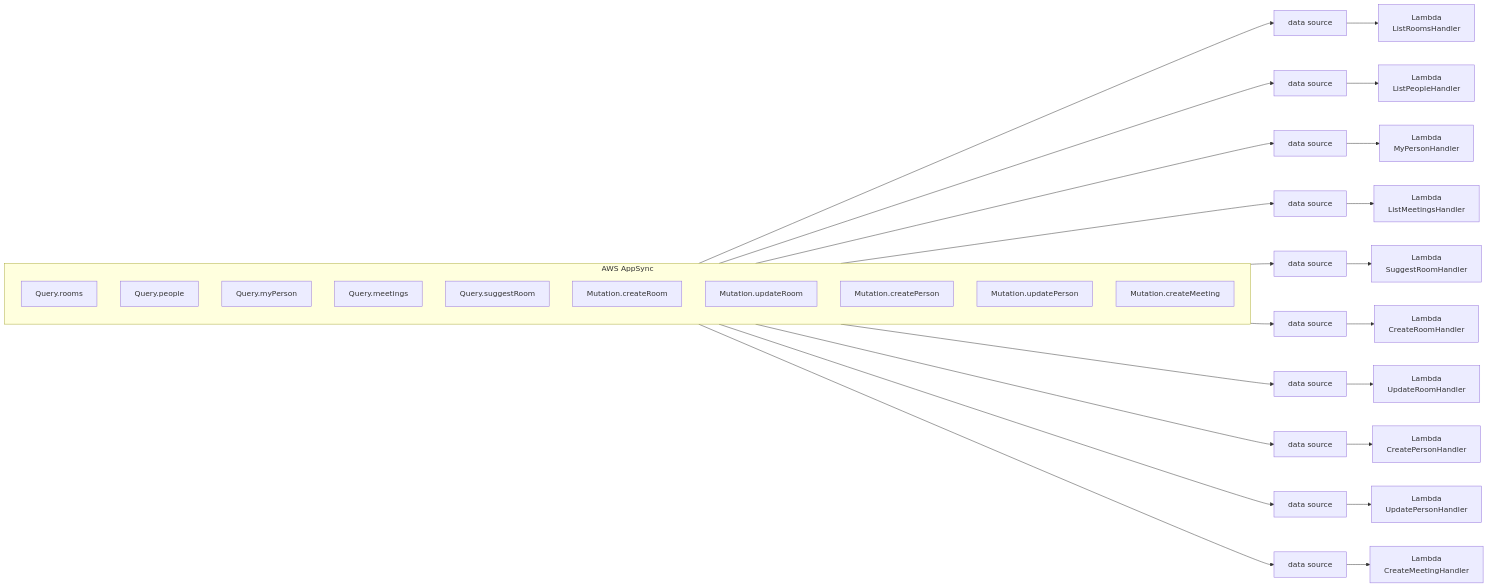
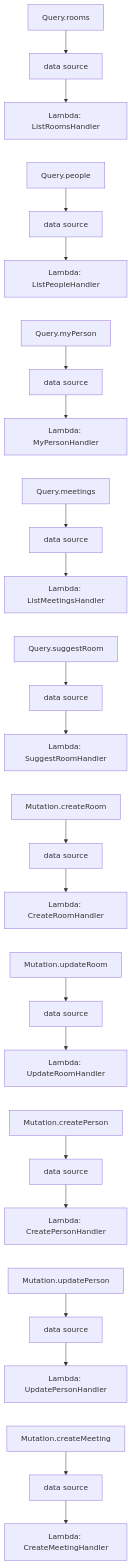
The first of 2 diagrams in impl/switching-to-a-switchboard-lambda.md (geoffweatherall/mootmaker-api), drawn with Mermaid before and after one commit. The commit also changed other lines of this file and 1 other file, not shown here.

````diff
--- a/impl/switching-to-a-switchboard-lambda.md
+++ b/impl/switching-to-a-switchboard-lambda.md
@@ -33,27 +33,22 @@
 ```mermaid
-flowchart LR
-    subgraph AppSync["AWS AppSync"]
-        direction TB
-        Q1["Query.rooms"]
-        Q2["Query.people"]
-        Q3["Query.myPerson"]
-        Q4["Query.meetings"]
-        Q5["Query.suggestRoom"]
-        M1["Mutation.createRoom"]
-        M2["Mutation.updateRoom"]
-        M3["Mutation.createPerson"]
-        M4["Mutation.updatePerson"]
-        M5["Mutation.createMeeting"]
-    end
-
-    Q1 --> DS1["data source"] --> L1["Lambda\nListRoomsHandler"]
-    Q2 --> DS2["data source"] --> L2["Lambda\nListPeopleHandler"]
-    Q3 --> DS3["data source"] --> L3["Lambda\nMyPersonHandler"]
-    Q4 --> DS4["data source"] --> L4["Lambda\nListMeetingsHandler"]
-    Q5 --> DS5["data source"] --> L5["Lambda\nSuggestRoomHandler"]
-    M1 --> DS6["data source"] --> L6["Lambda\nCreateRoomHandler"]
-    M2 --> DS7["data source"] --> L7["Lambda\nUpdateRoomHandler"]
-    M3 --> DS8["data source"] --> L8["Lambda\nCreatePersonHandler"]
-    M4 --> DS9["data source"] --> L9["Lambda\nUpdatePersonHandler"]
-    M5 --> DS10["data source"] --> L10["Lambda\nCreateMeetingHandler"]
+flowchart TB
+    Q1["Query.rooms"] --> DS1["data source"] --> L1["Lambda: ListRoomsHandler"]
+    L1 ~~~ Q2["Query.people"]
+    Q2 --> DS2["data source"] --> L2["Lambda: ListPeopleHandler"]
+    L2 ~~~ Q3["Query.myPerson"]
+    Q3 --> DS3["data source"] --> L3["Lambda: MyPersonHandler"]
+    L3 ~~~ Q4["Query.meetings"]
+    Q4 --> DS4["data source"] --> L4["Lambda: ListMeetingsHandler"]
+    L4 ~~~ Q5["Query.suggestRoom"]
+    Q5 --> DS5["data source"] --> L5["Lambda: SuggestRoomHandler"]
+    L5 ~~~ M1["Mutation.createRoom"]
+    M1 --> DS6["data source"] --> L6["Lambda: CreateRoomHandler"]
+    L6 ~~~ M2["Mutation.updateRoom"]
+    M2 --> DS7["data source"] --> L7["Lambda: UpdateRoomHandler"]
+    L7 ~~~ M3["Mutation.createPerson"]
+    M3 --> DS8["data source"] --> L8["Lambda: CreatePersonHandler"]
+    L8 ~~~ M4["Mutation.updatePerson"]
+    M4 --> DS9["data source"] --> L9["Lambda: UpdatePersonHandler"]
+    L9 ~~~ M5["Mutation.createMeeting"]
+    M5 --> DS10["data source"] --> L10["Lambda: CreateMeetingHandler"]
 ```
````
